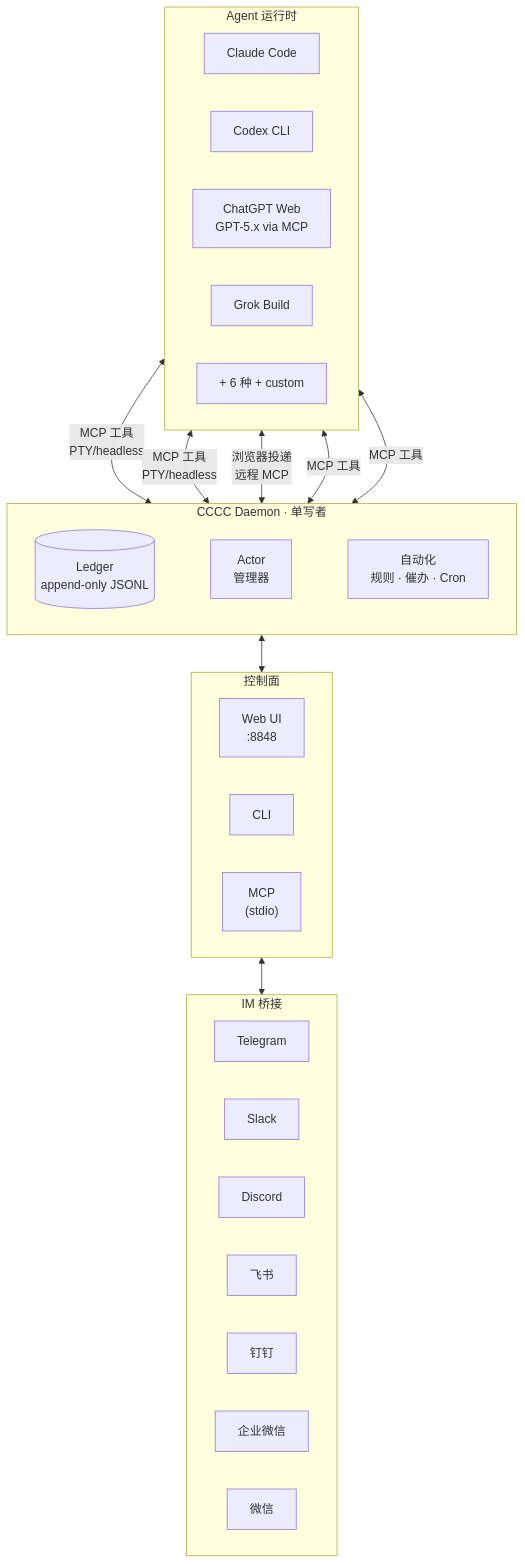
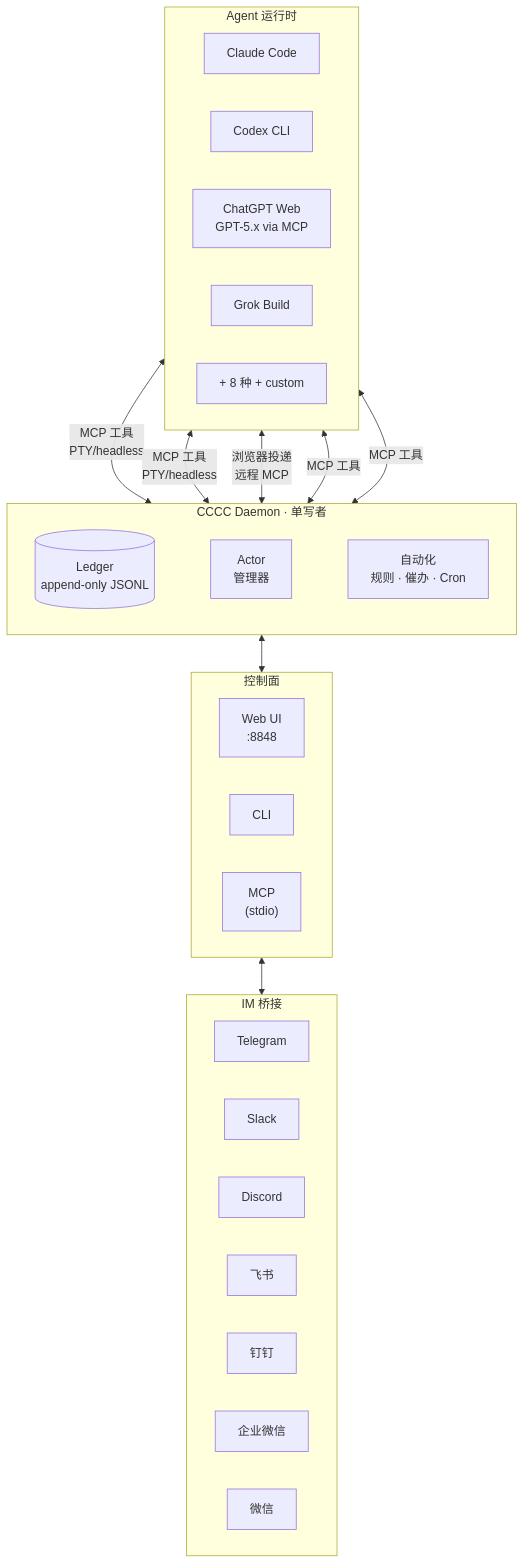
One commit to ChesterRa/cccc changed the diagram in README.zh-CN.md. Above: the diagram before and after it, drawn with Mermaid. The commit also changed other lines of this file and 30 other files, not shown here.

````diff
--- a/README.zh-CN.md
+++ b/README.zh-CN.md
@@ -130,46 +130,46 @@
 ```mermaid
 graph TB
     subgraph Agents["Agent 运行时"]
         direction LR
         A1["Claude Code"]
         A2["Codex CLI"]
         A3["ChatGPT Web<br/>GPT-5.x via MCP"]
         A4["Grok Build"]
-        A5["+ 6 种 + custom"]
+        A5["+ 8 种 + custom"]
     end
 
     subgraph Daemon["CCCC Daemon · 单写者"]
         direction LR
         Ledger[("Ledger<br/>append-only JSONL")]
         ActorMgr["Actor<br/>管理器"]
         Auto["自动化<br/>规则 · 催办 · Cron"]
         Ledger ~~~ ActorMgr ~~~ Auto
     end
 
     subgraph Ports["控制面"]
         direction LR
         Web["Web UI<br/>:8848"]
         CLI["CLI"]
         MCP["MCP<br/>(stdio)"]
     end
 
     subgraph IM["IM 桥接"]
         direction LR
         TG["Telegram"]
         SL["Slack"]
         DC["Discord"]
         FS["飞书"]
         DT["钉钉"]
         WC["企业微信"]
         WX["微信"]
     end
 
     A1 <-->|MCP 工具<br/>PTY/headless| Daemon
     A2 <-->|MCP 工具<br/>PTY/headless| Daemon
     A3 <-->|浏览器投递<br/>远程 MCP| Daemon
     A4 <-->|MCP 工具| Daemon
     A5 <-->|MCP 工具| Daemon
     Daemon <--> Ports
     Web <--> IM
 
 ```
````
